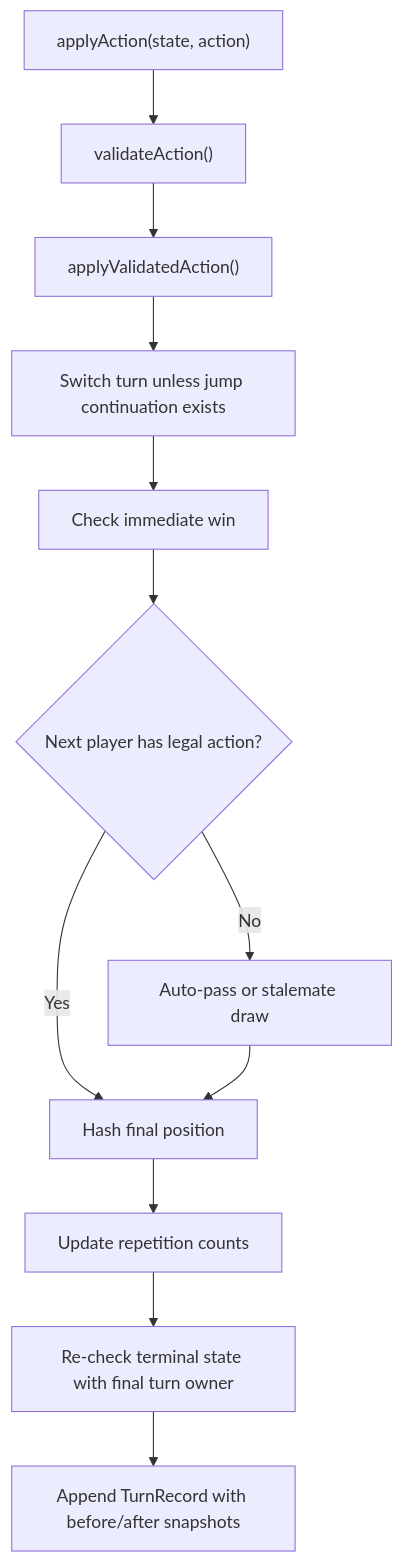
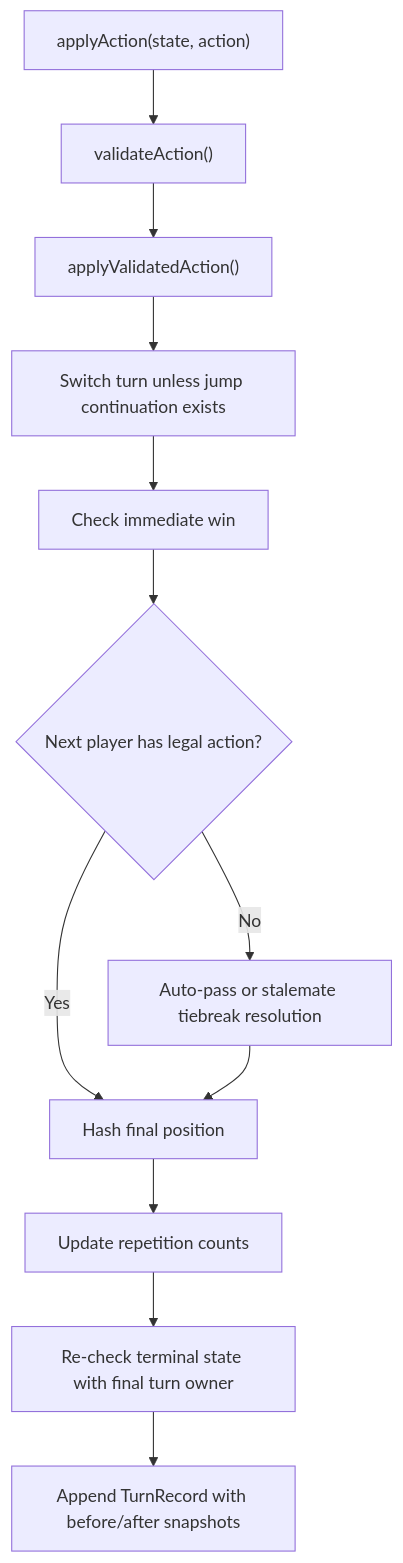
One commit to kstroevsky/you-and-i changed the second of 3 diagrams in src/domain/README.md. Above: the diagram before and after it, drawn with Mermaid. The commit also changed other lines of this file and 17 other files, not shown here.

````diff
--- a/src/domain/README.md
+++ b/src/domain/README.md
@@ -279,14 +279,14 @@
 ```mermaid
 flowchart TD
   A["applyAction(state, action)"] --> B["validateAction()"]
   B --> C["applyValidatedAction()"]
   C --> D["Switch turn unless jump continuation exists"]
   D --> E["Check immediate win"]
   E --> F{"Next player has legal action?"}
-  F -- "No" --> G["Auto-pass or stalemate draw"]
+  F -- "No" --> G["Auto-pass or stalemate tiebreak resolution"]
   F -- "Yes" --> H["Hash final position"]
   G --> H
   H --> I["Update repetition counts"]
   I --> J["Re-check terminal state with final turn owner"]
   J --> K["Append TurnRecord with before/after snapshots"]
 ```
````
